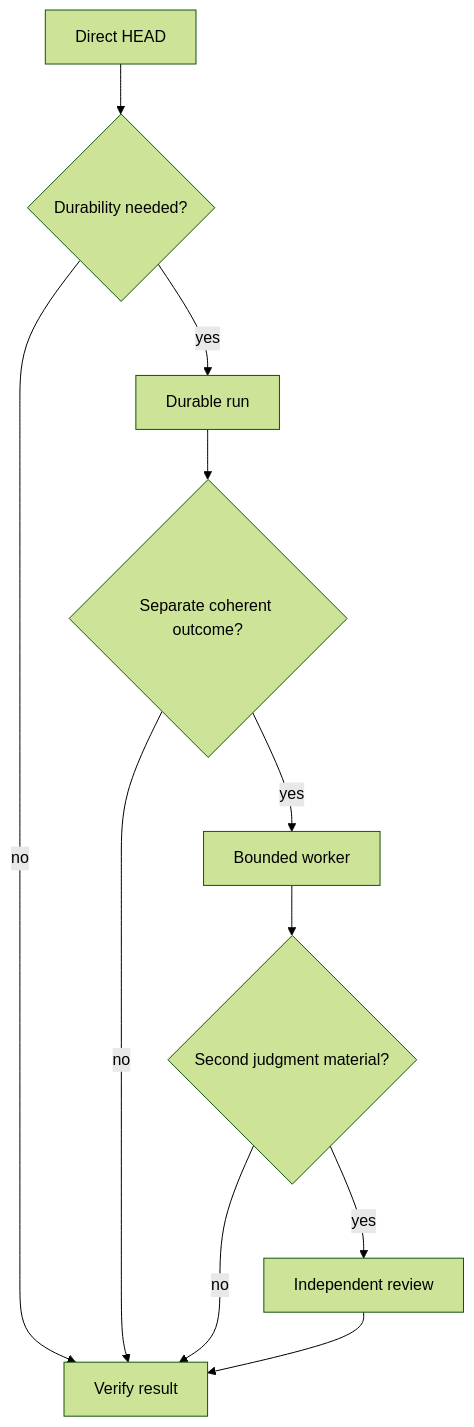
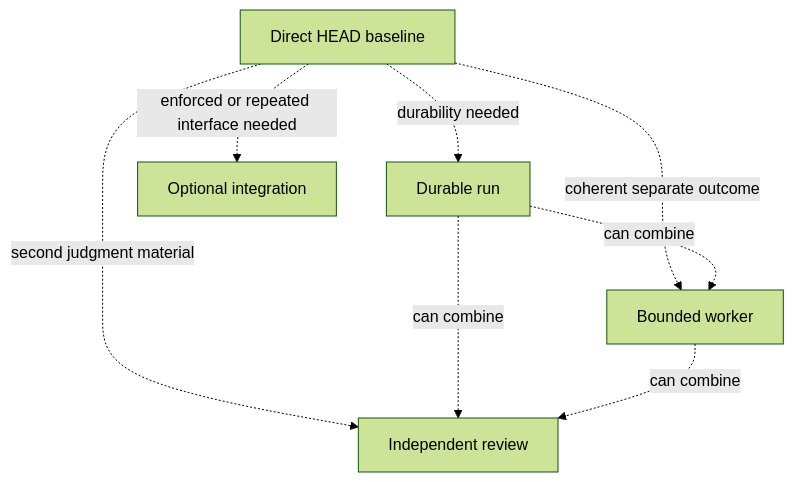
The diagram in learn/11-adoption/maturity-levels.md (Won6314/head-agent-core), drawn with Mermaid (forest theme) before and after one commit. The commit also changed 10 other files, not shown here.

````diff
--- a/learn/11-adoption/maturity-levels.md
+++ b/learn/11-adoption/maturity-levels.md
@@ -23,13 +23,11 @@
 ```mermaid
 flowchart TD
-    A[Direct HEAD] --> B{Durability needed?}
-    B -- yes --> C[Durable run]
-    B -- no --> D[Verify result]
-    C --> E{Separate coherent outcome?}
-    E -- yes --> F[Bounded worker]
-    E -- no --> D
-    F --> G{Second judgment material?}
-    G -- yes --> H[Independent review]
-    G -- no --> D
-    H --> D
+    H[Direct HEAD baseline]
+    H -. durability needed .-> R[Durable run]
+    H -. coherent separate outcome .-> W[Bounded worker]
+    H -. second judgment material .-> V[Independent review]
+    H -. enforced or repeated interface needed .-> I[Optional integration]
+    R -. can combine .-> W
+    R -. can combine .-> V
+    W -. can combine .-> V
 ```
````
